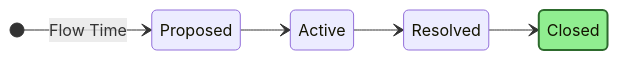
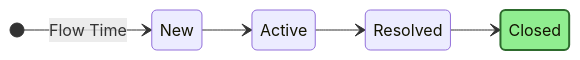
Before and after one commit to solidify/scale: the diagram in docs/Reference/Flowtime.md, drawn with Mermaid.

````diff
--- a/docs/Reference/Flowtime.md
+++ b/docs/Reference/Flowtime.md
@@ -42,13 +42,13 @@
 ```mermaid
 stateDiagram
     direction LR
-    [*] --> Proposed : Flow Time
-    Proposed --> Active
+    [*] --> New : Flow Time
+    New --> Active
     Active --> Resolved
     Resolved --> Closed
 
     note "State Categories" as Note1
     note "Completed" as Note2
     
     style Closed fill:#90ee90,stroke:#2d6a2d,stroke-width:2px
 ```
````
